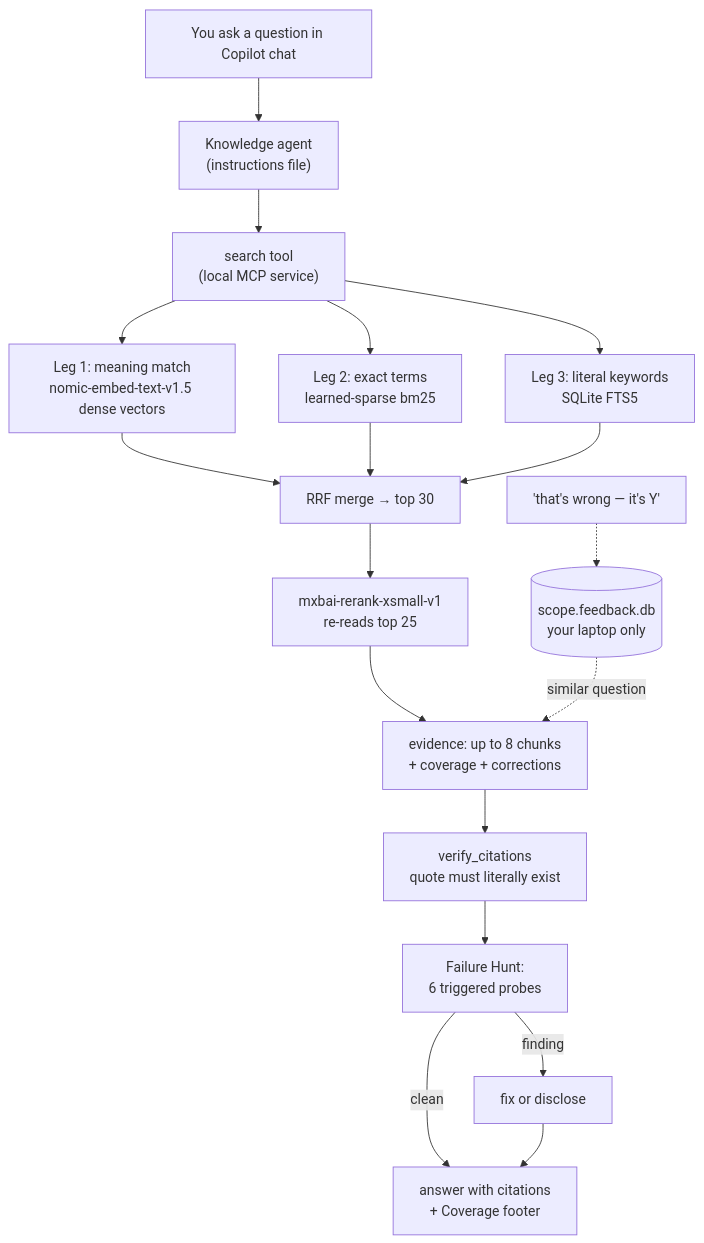
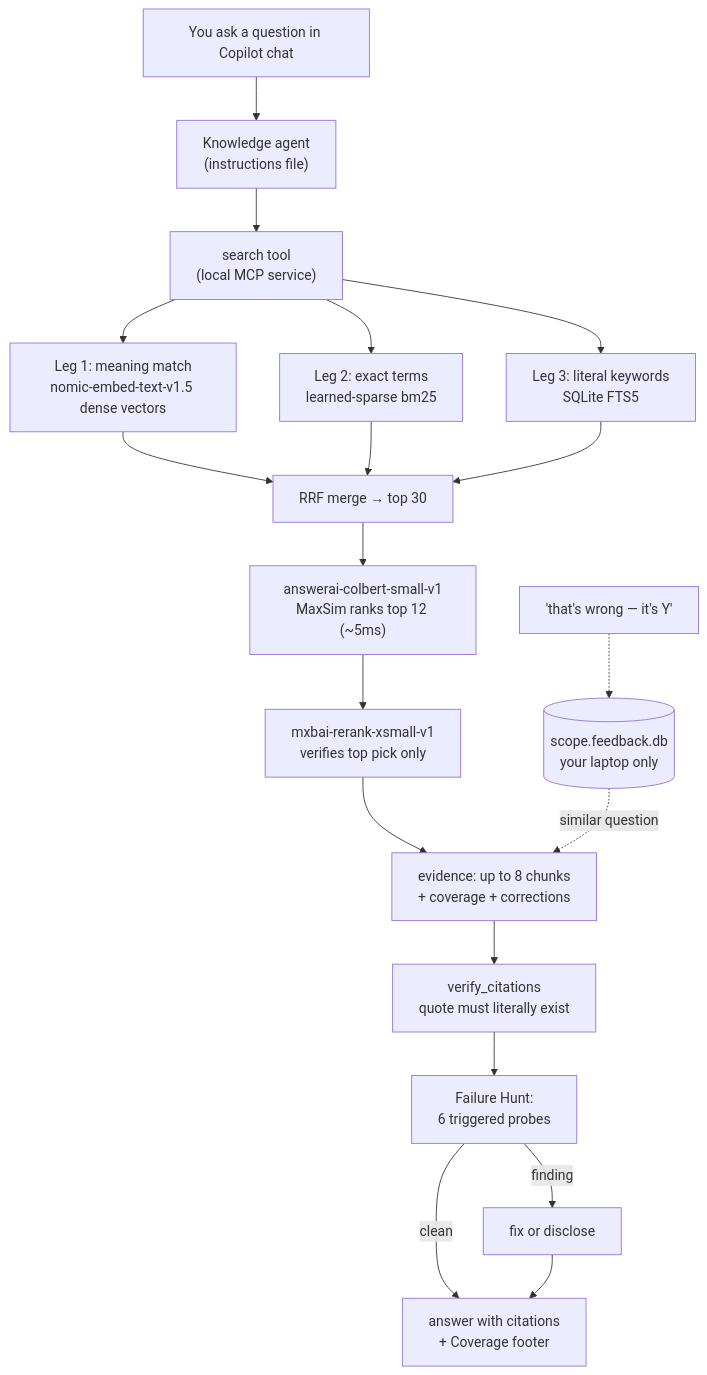
Before and after one commit to nkunal1992/agents: the diagram in docs/knowledge-agent-kt-guide.md, drawn with Mermaid. The commit also changed 15 other files, not shown here.

````diff
--- a/docs/knowledge-agent-kt-guide.md
+++ b/docs/knowledge-agent-kt-guide.md
@@ -21,18 +21,19 @@
 ```mermaid
 flowchart TD
     Q["You ask a question in Copilot chat"] --> AG["Knowledge agent<br/>(instructions file)"]
     AG --> SE["search tool<br/>(local MCP service)"]
     SE --> D["Leg 1: meaning match<br/>nomic-embed-text-v1.5 dense vectors"]
     SE --> SP["Leg 2: exact terms<br/>learned-sparse bm25"]
     SE --> FT["Leg 3: literal keywords<br/>SQLite FTS5"]
     D & SP & FT --> FU["RRF merge → top 30"]
-    FU --> RR["mxbai-rerank-xsmall-v1<br/>re-reads top 25"]
-    RR --> EV["evidence: up to 8 chunks<br/>+ coverage + corrections"]
+    FU --> RR["answerai-colbert-small-v1<br/>MaxSim ranks top 12 (~5ms)"]
+    RR --> VF["mxbai-rerank-xsmall-v1<br/>verifies top pick only"]
+    VF --> EV["evidence: up to 8 chunks<br/>+ coverage + corrections"]
     EV --> VC["verify_citations<br/>quote must literally exist"]
     VC --> FH["Failure Hunt:<br/>6 triggered probes"]
     FH -->|finding| FX["fix or disclose"]
     FH -->|clean| ANS
     FX --> ANS["answer with citations<br/>+ Coverage footer"]
     C["'that's wrong — it's Y'"] -.-> FB[("scope.feedback.db<br/>your laptop only")]
     FB -.->|similar question| EV
 ```
````
